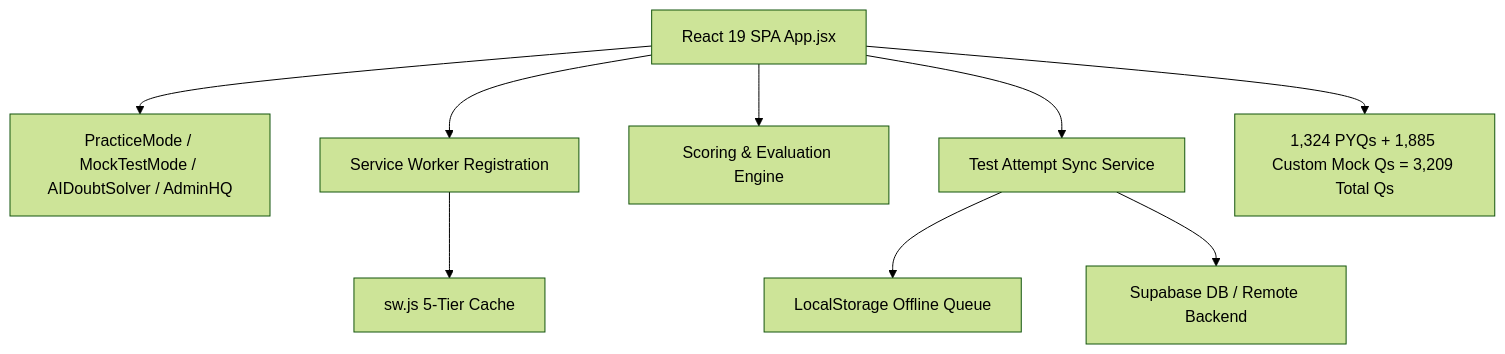
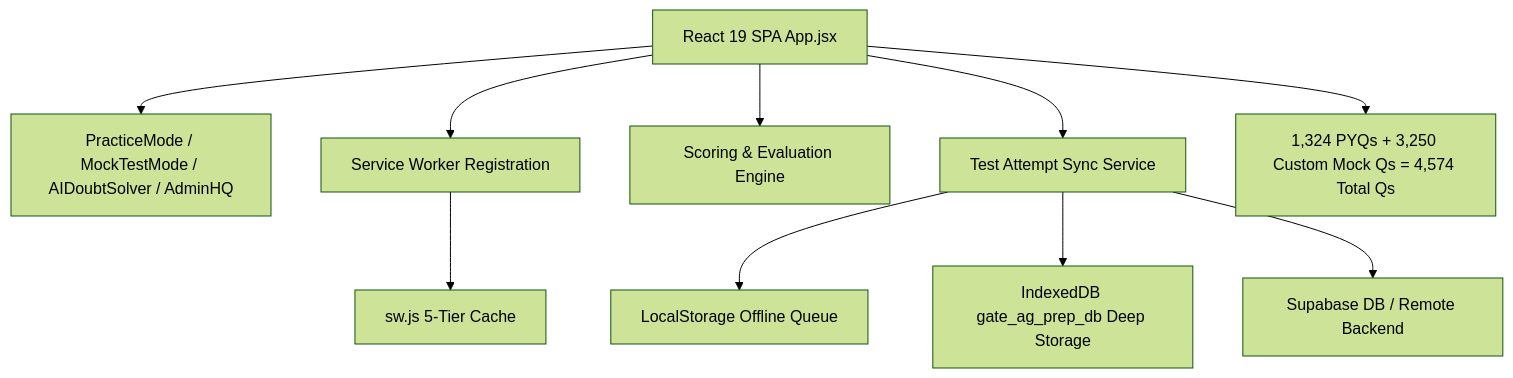
Before and after one commit to RAGHAVBANSAL0704/GATE-AG-PREP: the diagram in PROJECT_CONTEXT.md, drawn with Mermaid (forest theme). The commit also changed other lines of this file and 180 other files, not shown here.

````diff
--- a/PROJECT_CONTEXT.md
+++ b/PROJECT_CONTEXT.md
@@ -17,14 +17,15 @@
 ```mermaid
 graph TD
     App[React 19 SPA App.jsx] --> Components[PracticeMode / MockTestMode / AIDoubtSolver / AdminHQ]
     App --> SWReg[Service Worker Registration]
     SWReg --> SW[sw.js 5-Tier Cache]
     
     App --> Scoring[Scoring & Evaluation Engine]
     App --> Sync[Test Attempt Sync Service]
     
     Sync --> LocalQueue[LocalStorage Offline Queue]
+    Sync --> IDB[IndexedDB gate_ag_prep_db Deep Storage]
     Sync --> Supabase[Supabase DB / Remote Backend]
     
-    App --> Datasets[1,324 PYQs + 1,885 Custom Mock Qs = 3,209 Total Qs]
+    App --> Datasets[1,324 PYQs + 3,250 Custom Mock Qs = 4,574 Total Qs]
 ```
````
